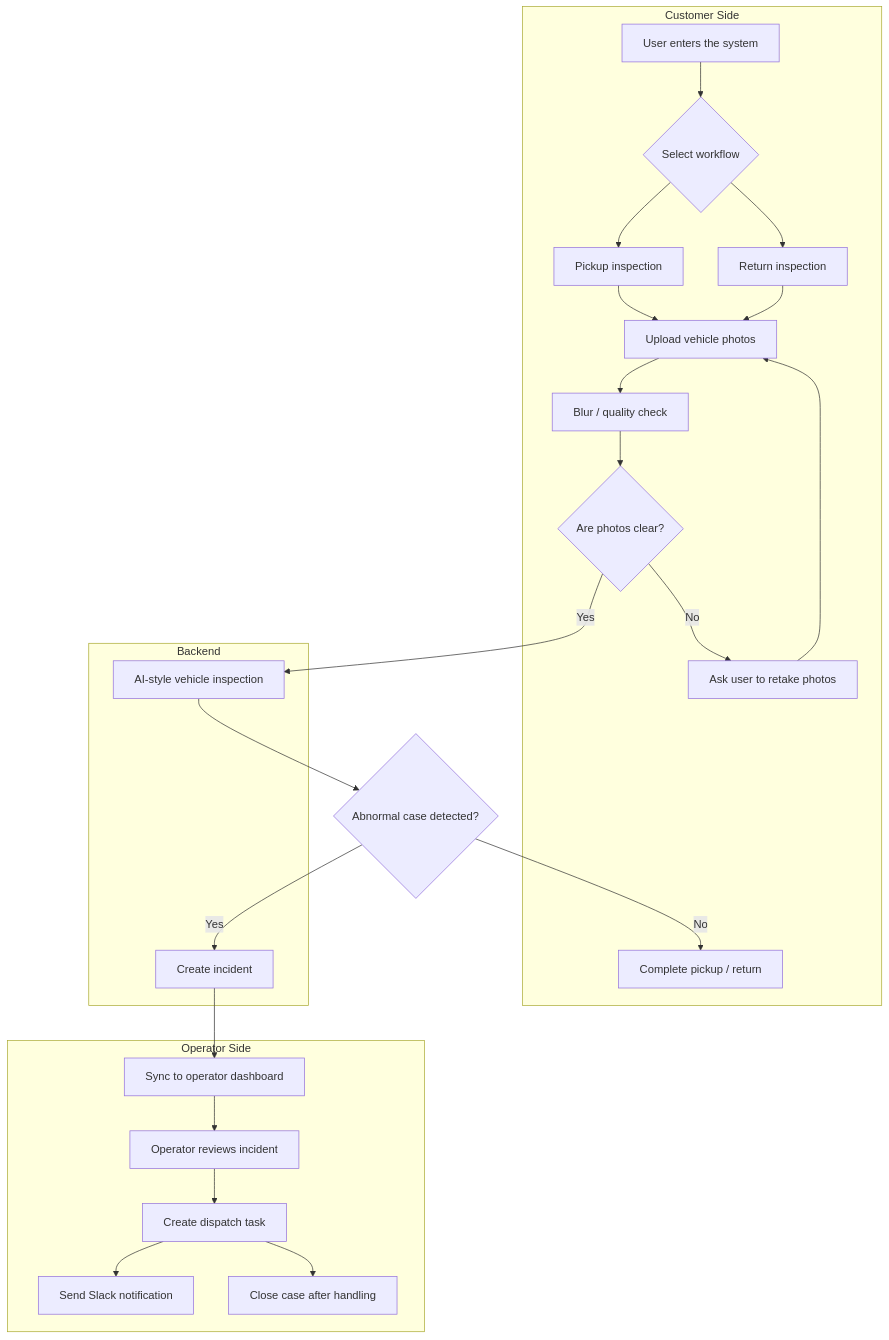
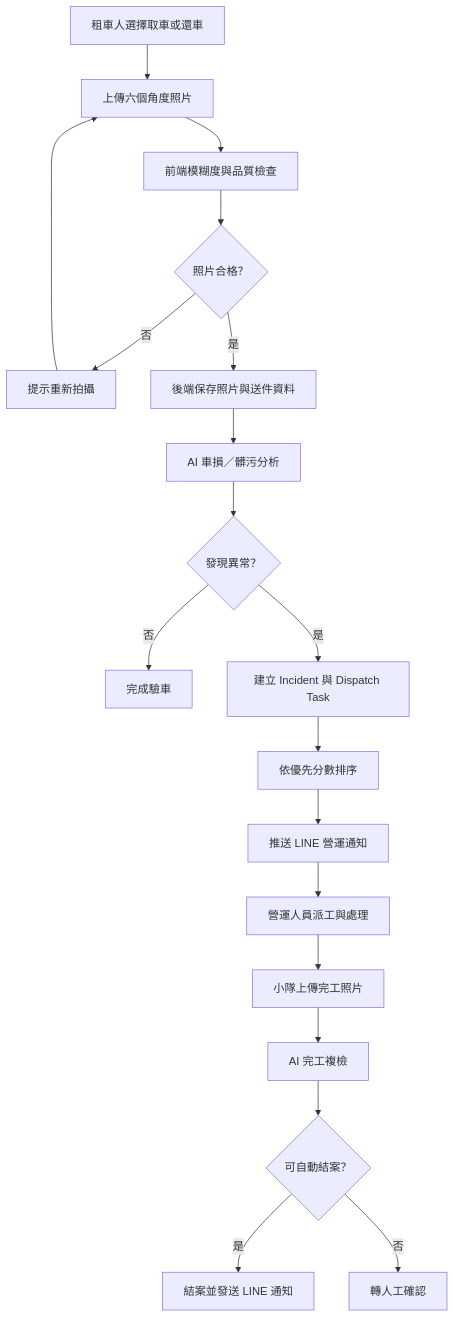
The diagram in README.md (yyyunx/iRent-AI-Dashboard), drawn with Mermaid before and after one commit. The commit also changed other lines of this file and 1 other file, not shown here.

Commit message:
docs: update README and add workflow guide

````diff
--- a/README.md
+++ b/README.md
@@ -172,52 +35,21 @@
 ```mermaid
 flowchart TD
-    A[User enters the system] --> B{Select workflow}
-    B --> C[Pickup inspection]
-    B --> D[Return inspection]
-
-    C --> E[Upload vehicle photos]
-    D --> E
-
-    E --> F[Blur / quality check]
-    F --> G{Are photos clear?}
-
-    G -->|No| H[Ask user to retake photos]
-    H --> E
-
-    G -->|Yes| I[AI-style vehicle inspection]
-    I --> J{Abnormal case detected?}
-
-    J -->|No| K[Complete pickup / return]
-    J -->|Yes| L[Create incident]
-
-    L --> M[Sync to operator dashboard]
-    M --> N[Operator reviews incident]
-    N --> O[Create dispatch task]
-    O --> P[Send Slack notification]
-    O --> Q[Close case after handling]
-
-    subgraph Customer Side
-        A
-        B
-        C
-        D
-        E
-        F
-        G
-        H
-        K
-    end
-
-    subgraph Backend
-        I
-        L
-    end
-
-    subgraph Operator Side
-        M
-        N
-        O
-        P
-        Q
-    end
+    A[租車人選擇取車或還車] --> B[上傳六個角度照片]
+    B --> C[前端模糊度與品質檢查]
+    C --> D{照片合格？}
+    D -- 否 --> E[提示重新拍攝]
+    E --> B
+    D -- 是 --> F[後端保存照片與送件資料]
+    F --> G[AI 車損／髒污分析]
+    G --> H{發現異常？}
+    H -- 否 --> I[完成驗車]
+    H -- 是 --> J[建立 Incident 與 Dispatch Task]
+    J --> K[依優先分數排序]
+    K --> L[推送 LINE 營運通知]
+    L --> M[營運人員派工與處理]
+    M --> N[小隊上傳完工照片]
+    N --> O[AI 完工複檢]
+    O --> P{可自動結案？}
+    P -- 是 --> Q[結案並發送 LINE 通知]
+    P -- 否 --> R[轉人工確認]
 ```
````
